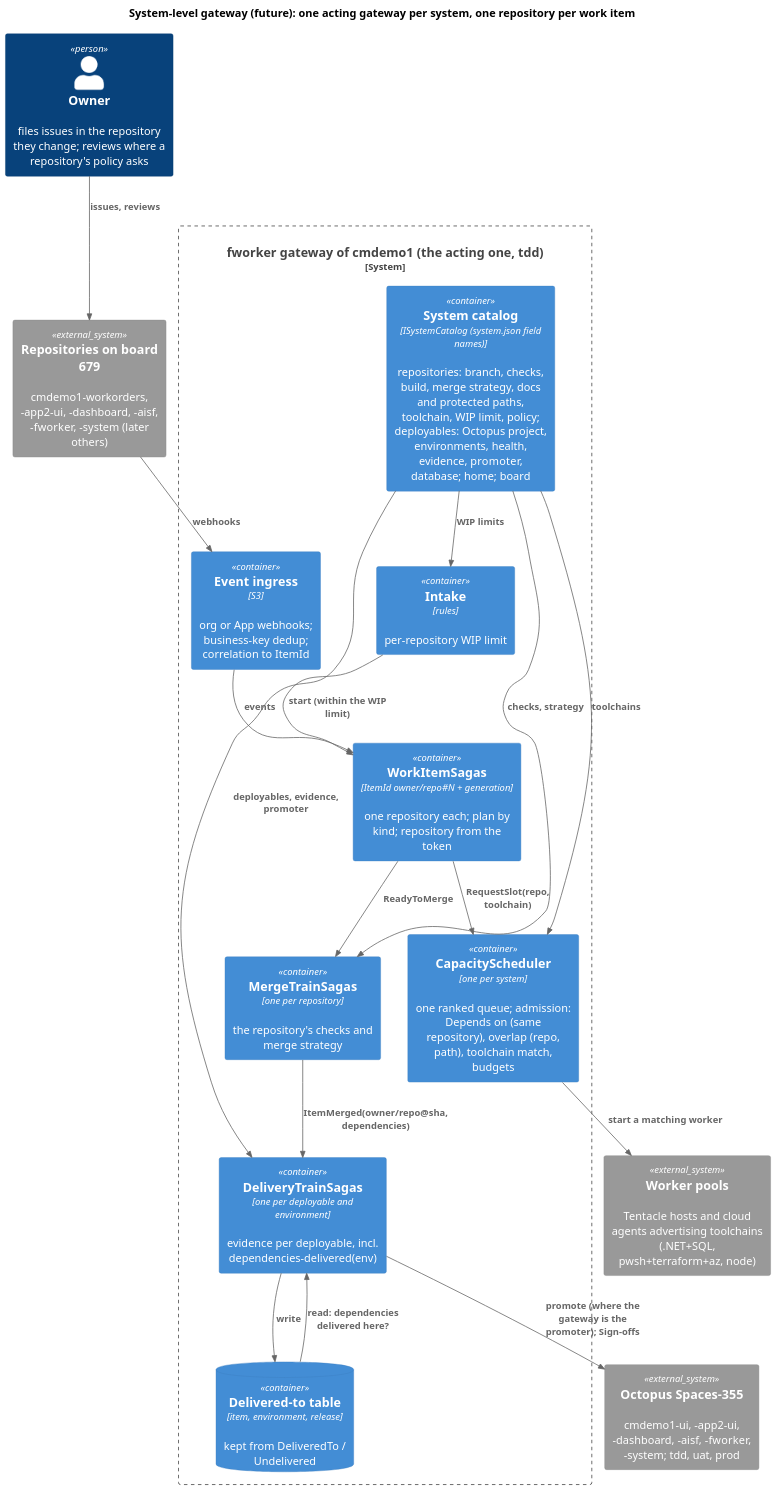
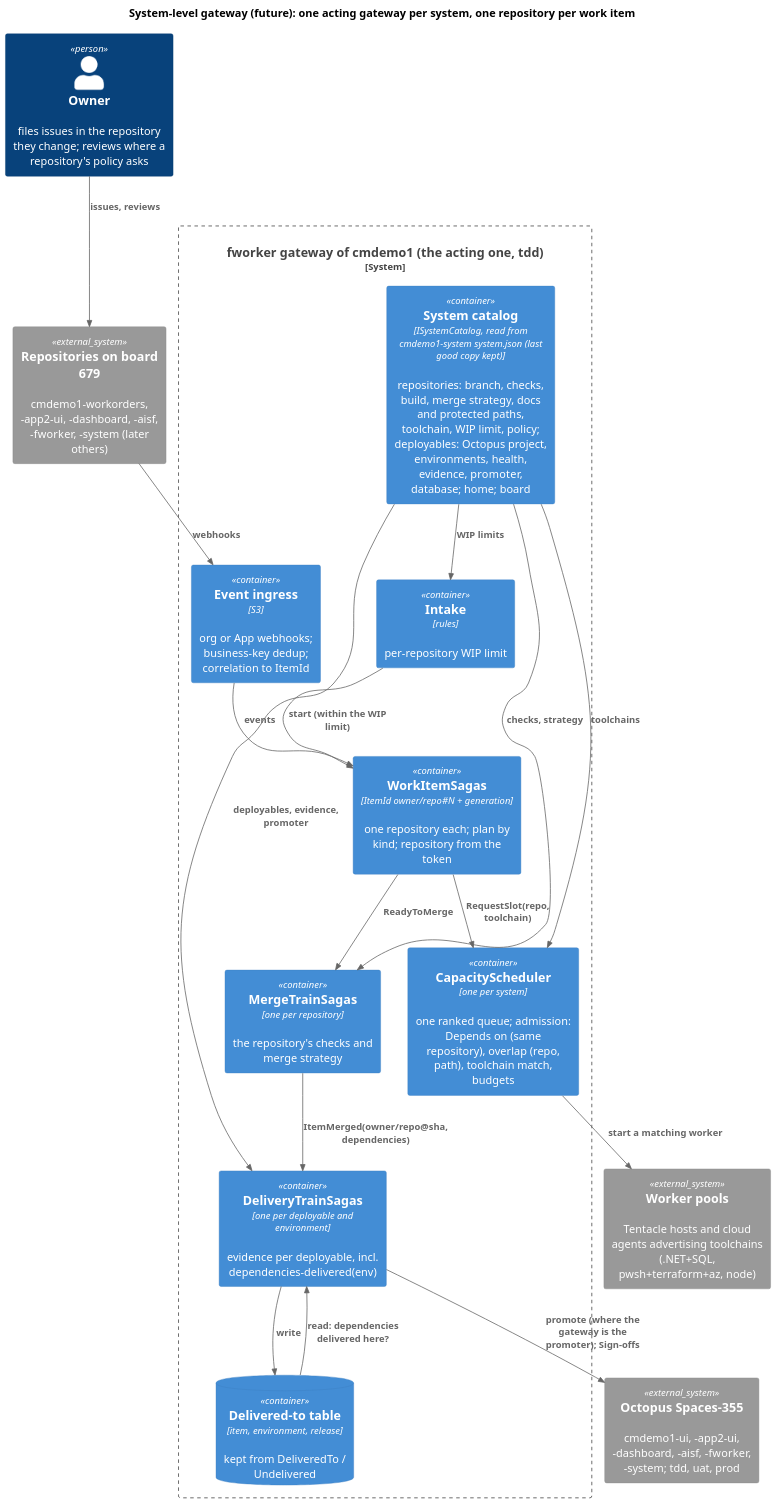
One commit to clearmeasure-aisf-sample-apps/cmdemo1-fworker changed the diagram in docs/design/diagrams/sg-system.puml. Above: the diagram before and after it, drawn with PlantUML. The commit also changed 4 other files, not shown here.

First line of the commit message:
Design: catalog from cmdemo1-system's system.json; Depends on split confirmed

```diff
--- a/docs/design/diagrams/sg-system.puml
+++ b/docs/design/diagrams/sg-system.puml
@@ -1,37 +1,37 @@
 @startuml sg-system
 !include <C4/C4_Container>
 LAYOUT_TOP_DOWN()
 skinparam dpi 150
 title System-level gateway (future): one acting gateway per system, one repository per work item
 
 Person(owner, "Owner", "files issues in the repository they change; reviews where a repository's policy asks")
 System_Boundary(gw, "fworker gateway of cmdemo1 (the acting one, tdd)") {
-  Container(reg, "System catalog", "ISystemCatalog (system.json field names)", "repositories: branch, checks, build, merge strategy, docs and protected paths, toolchain, WIP limit, policy; deployables: Octopus project, environments, health, evidence, promoter, database; home; board")
+  Container(reg, "System catalog", "ISystemCatalog, read from cmdemo1-system system.json (last good copy kept)", "repositories: branch, checks, build, merge strategy, docs and protected paths, toolchain, WIP limit, policy; deployables: Octopus project, environments, health, evidence, promoter, database; home; board")
   Container(ingress, "Event ingress", "S3", "org or App webhooks; business-key dedup; correlation to ItemId")
   Container(intake, "Intake", "rules", "per-repository WIP limit")
   Container(sched, "CapacityScheduler", "one per system", "one ranked queue; admission: Depends on (same repository), overlap (repo, path), toolchain match, budgets")
   Container(items, "WorkItemSagas", "ItemId owner/repo#N + generation", "one repository each; plan by kind; repository from the token")
   Container(mt, "MergeTrainSagas", "one per repository", "the repository's checks and merge strategy")
   Container(dt, "DeliveryTrainSagas", "one per deployable and environment", "evidence per deployable, incl. dependencies-delivered(env)")
   ContainerDb(dtt, "Delivered-to table", "item, environment, release", "kept from DeliveredTo / Undelivered")
 }
 System_Ext(repos, "Repositories on board 679", "cmdemo1-workorders, -app2-ui, -dashboard, -aisf, -fworker, -system (later others)")
 System_Ext(oct, "Octopus Spaces-355", "cmdemo1-ui, -app2-ui, -dashboard, -aisf, -fworker, -system; tdd, uat, prod")
 System_Ext(pools, "Worker pools", "Tentacle hosts and cloud agents advertising toolchains (.NET+SQL, pwsh+terraform+az, node)")
 
 Rel(owner, repos, "issues, reviews")
 Rel(repos, ingress, "webhooks")
 Rel(ingress, items, "events")
 Rel(intake, items, "start (within the WIP limit)")
 Rel(items, sched, "RequestSlot(repo, toolchain)")
 Rel(sched, pools, "start a matching worker")
 Rel(items, mt, "ReadyToMerge")
 Rel(mt, dt, "ItemMerged(owner/repo@sha, dependencies)")
 Rel(dt, oct, "promote (where the gateway is the promoter); Sign-offs")
 Rel(dt, dtt, "write")
 Rel(dtt, dt, "read: dependencies delivered here?")
 Rel(reg, intake, "WIP limits")
 Rel(reg, sched, "toolchains")
 Rel(reg, mt, "checks, strategy")
 Rel(reg, dt, "deployables, evidence, promoter")
 @enduml
```
